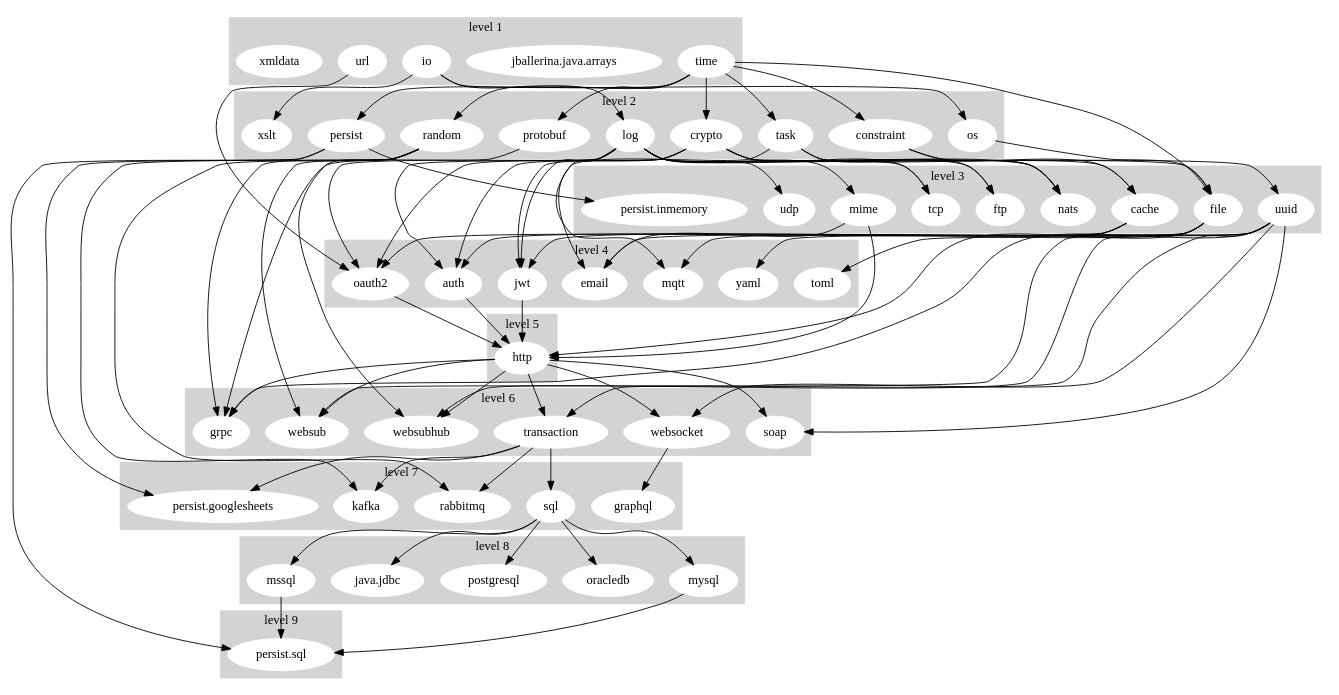
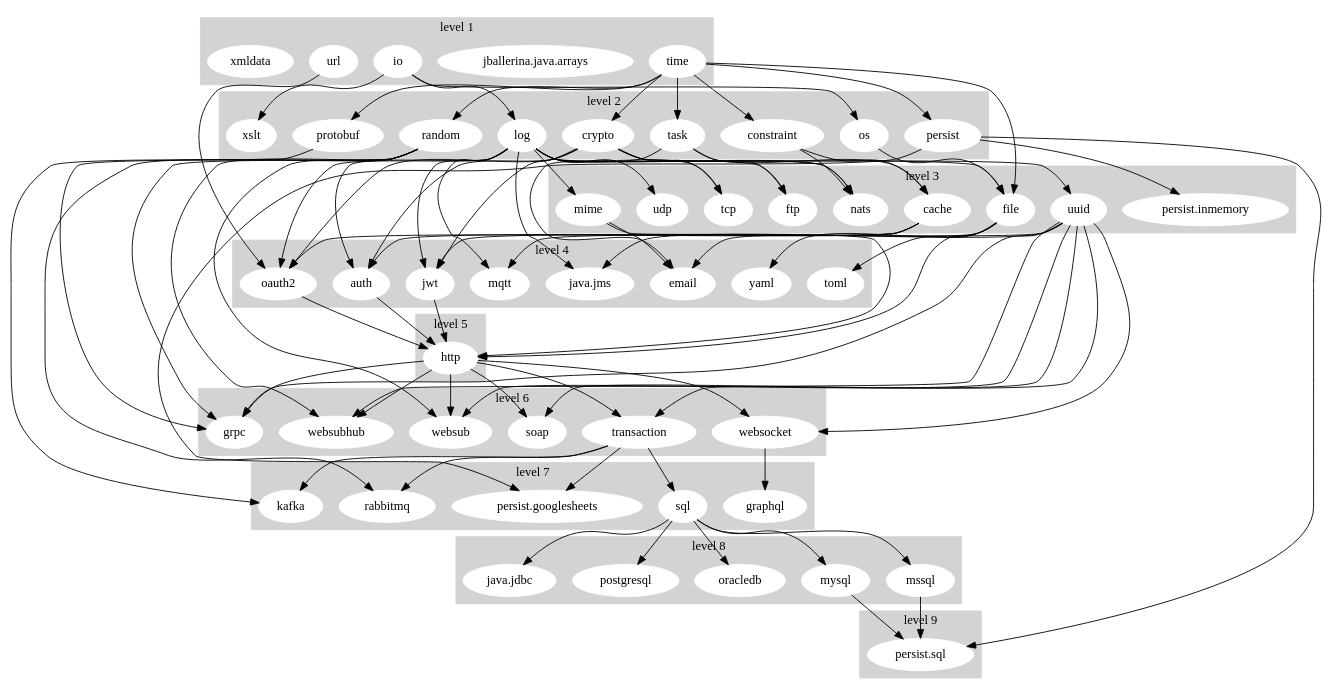
Before and after one commit to ballerina-platform/ballerina-release: the diagram in dashboard/stdlib_graph.gv, drawn with Graphviz.

Commit message:
[Automated] Update Stdlib Dependency Graph

```diff
--- a/dashboard/stdlib_graph.gv
+++ b/dashboard/stdlib_graph.gv
@@ -1,174 +1,177 @@
 digraph "Stdlib Dependency Graph" {
 	subgraph cluster_1 {
 		node [color=white style=filled]
 		color=lightgrey style=filled
 		io
 		"jballerina.java.arrays"
 		time
 		url
 		xmldata
 		label="level 1"
 	}
 	subgraph cluster_2 {
 		node [color=white style=filled]
 		color=lightgrey style=filled
 		constraint
 		crypto
 		log
 		os
 		persist
 		protobuf
 		random
 		task
 		xslt
 		label="level 2"
 	}
 	subgraph cluster_3 {
 		node [color=white style=filled]
 		color=lightgrey style=filled
 		cache
 		file
 		ftp
 		mime
 		nats
 		"persist.inmemory"
 		tcp
 		udp
 		uuid
 		label="level 3"
 	}
 	subgraph cluster_4 {
 		node [color=white style=filled]
 		color=lightgrey style=filled
 		auth
 		email
+		"java.jms"
 		jwt
 		mqtt
 		oauth2
 		toml
 		yaml
 		label="level 4"
 	}
 	subgraph cluster_5 {
 		node [color=white style=filled]
 		color=lightgrey style=filled
 		http
 		label="level 5"
 	}
 	subgraph cluster_6 {
 		node [color=white style=filled]
 		color=lightgrey style=filled
 		grpc
 		soap
 		transaction
 		websocket
 		websub
 		websubhub
 		label="level 6"
 	}
 	subgraph cluster_7 {
 		node [color=white style=filled]
 		color=lightgrey style=filled
 		graphql
 		kafka
 		"persist.googlesheets"
 		rabbitmq
 		sql
 		label="level 7"
 	}
 	subgraph cluster_8 {
 		node [color=white style=filled]
 		color=lightgrey style=filled
 		"java.jdbc"
 		mssql
 		mysql
 		oracledb
 		postgresql
 		label="level 8"
 	}
 	subgraph cluster_9 {
 		node [color=white style=filled]
 		color=lightgrey style=filled
 		"persist.sql"
 		label="level 9"
 	}
 	io -> log
 	io -> os
 	io -> xslt
 	time -> constraint
 	time -> crypto
 	time -> file
 	time -> persist
 	time -> protobuf
 	time -> random
 	time -> task
 	url -> oauth2
 	constraint -> cache
 	constraint -> nats
 	crypto -> auth
 	crypto -> jwt
 	crypto -> nats
 	crypto -> oauth2
 	crypto -> tcp
 	crypto -> uuid
 	log -> auth
 	log -> file
 	log -> ftp
+	log -> "java.jms"
 	log -> jwt
 	log -> mime
 	log -> mqtt
 	log -> nats
 	log -> oauth2
 	log -> tcp
 	log -> udp
 	os -> file
 	persist -> "persist.googlesheets"
 	persist -> "persist.inmemory"
 	persist -> "persist.sql"
 	protobuf -> grpc
 	random -> grpc
 	random -> kafka
 	random -> rabbitmq
 	random -> websub
 	random -> websubhub
 	task -> cache
 	task -> email
 	task -> ftp
 	cache -> auth
 	cache -> jwt
 	cache -> oauth2
 	file -> email
 	file -> http
 	file -> toml
 	file -> yaml
 	mime -> email
 	mime -> http
 	uuid -> grpc
+	uuid -> "java.jms"
 	uuid -> mqtt
 	uuid -> soap
 	uuid -> transaction
 	uuid -> websocket
 	uuid -> websub
 	uuid -> websubhub
 	auth -> http
 	jwt -> http
 	oauth2 -> http
 	http -> grpc
 	http -> soap
 	http -> transaction
 	http -> websocket
 	http -> websub
 	http -> websubhub
 	transaction -> kafka
 	transaction -> "persist.googlesheets"
 	transaction -> rabbitmq
 	transaction -> sql
 	websocket -> graphql
 	sql -> "java.jdbc"
 	sql -> mssql
 	sql -> mysql
 	sql -> oracledb
 	sql -> postgresql
 	mssql -> "persist.sql"
 	mysql -> "persist.sql"
 }
```
